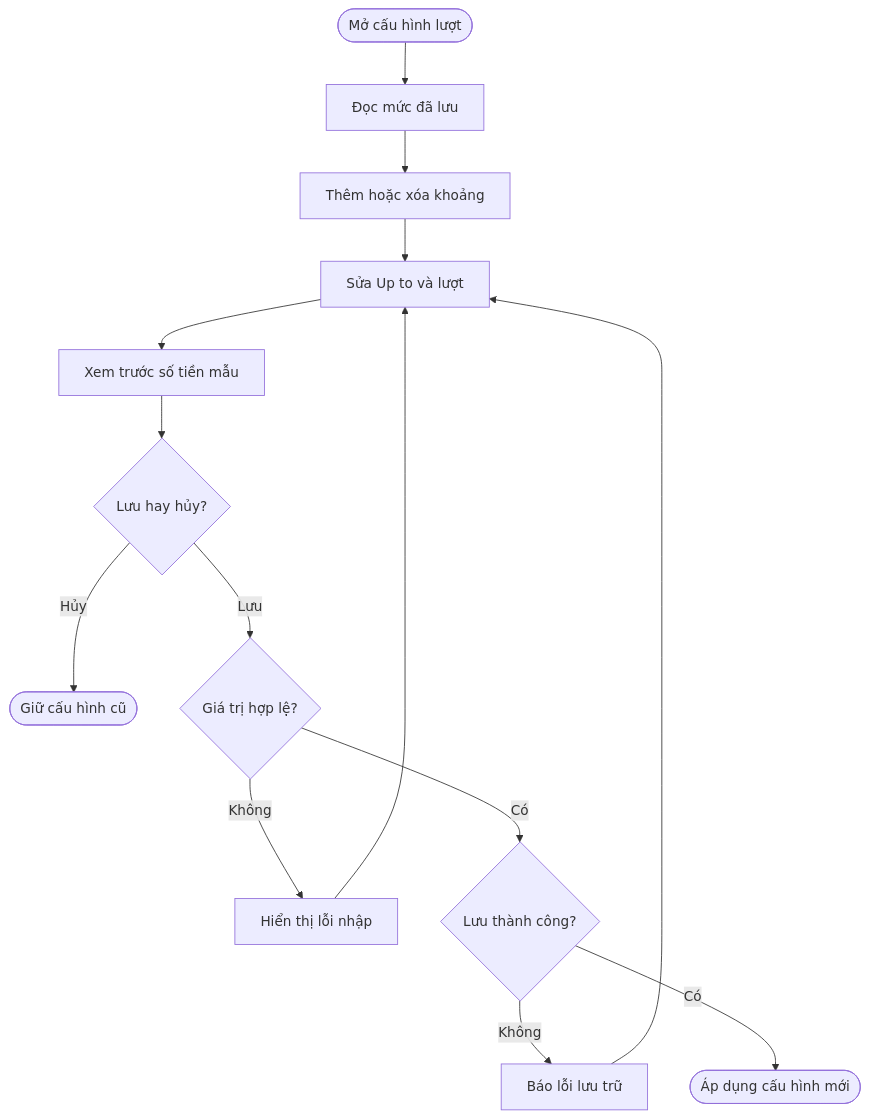
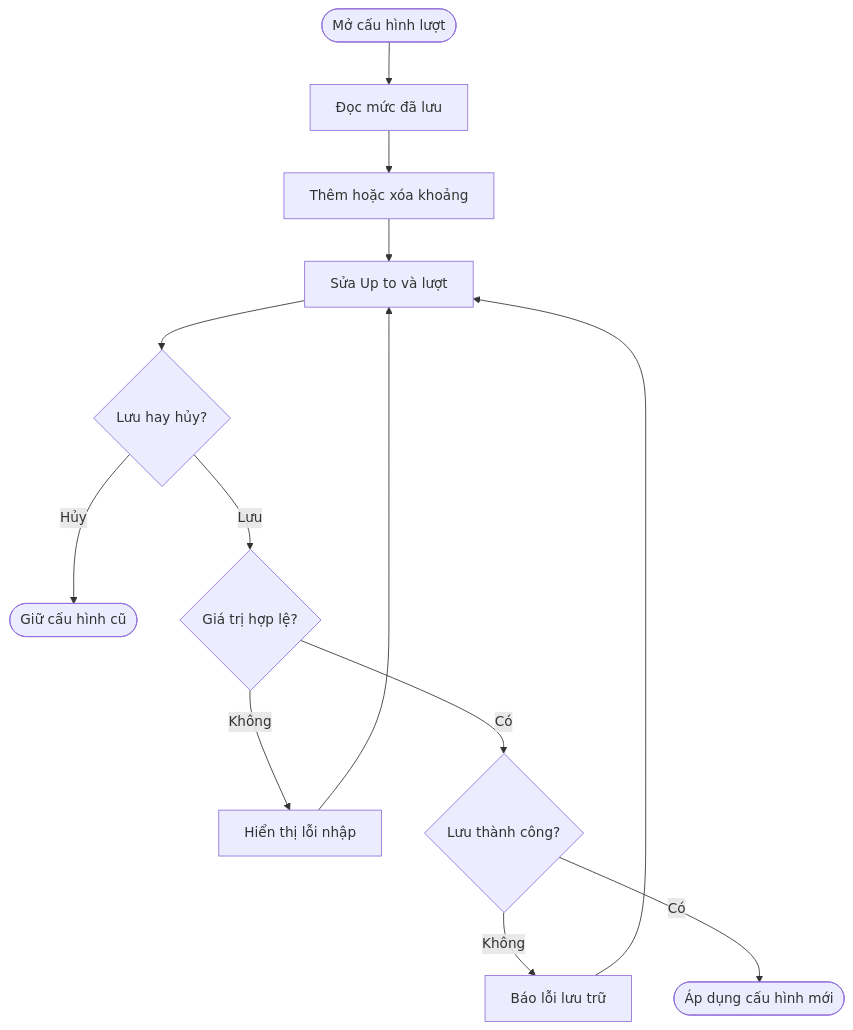
One commit to maivtn/taxiq changed the first of 4 diagrams in docs/business/weighted-turn-settings.md. Above: the diagram before and after it, drawn with Mermaid. The commit also changed other lines of this file and 4 other files, not shown here.

````diff
--- a/docs/business/weighted-turn-settings.md
+++ b/docs/business/weighted-turn-settings.md
@@ -91,16 +88,15 @@
 ```mermaid
 flowchart TD
     A([Mở cấu hình lượt]) --> B[Đọc mức đã lưu]
     B --> L[Thêm hoặc xóa khoảng]
     L --> C[Sửa Up to và lượt]
-    C --> K[Xem trước số tiền mẫu]
-    K --> D{Lưu hay hủy?}
+    C --> D{Lưu hay hủy?}
     D -- Hủy --> E([Giữ cấu hình cũ])
     D -- Lưu --> F{Giá trị hợp lệ?}
     F -- Không --> G[Hiển thị lỗi nhập]
     G --> C
     F -- Có --> H{Lưu thành công?}
     H -- Không --> I[Báo lỗi lưu trữ]
     I --> C
     H -- Có --> J([Áp dụng cấu hình mới])
 ```
````
